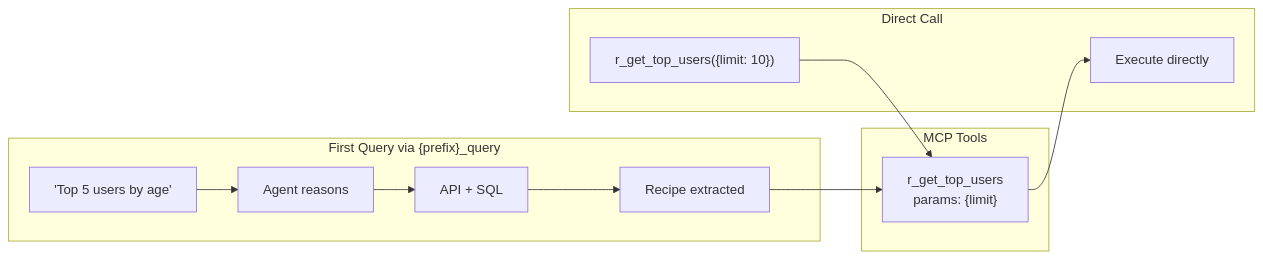
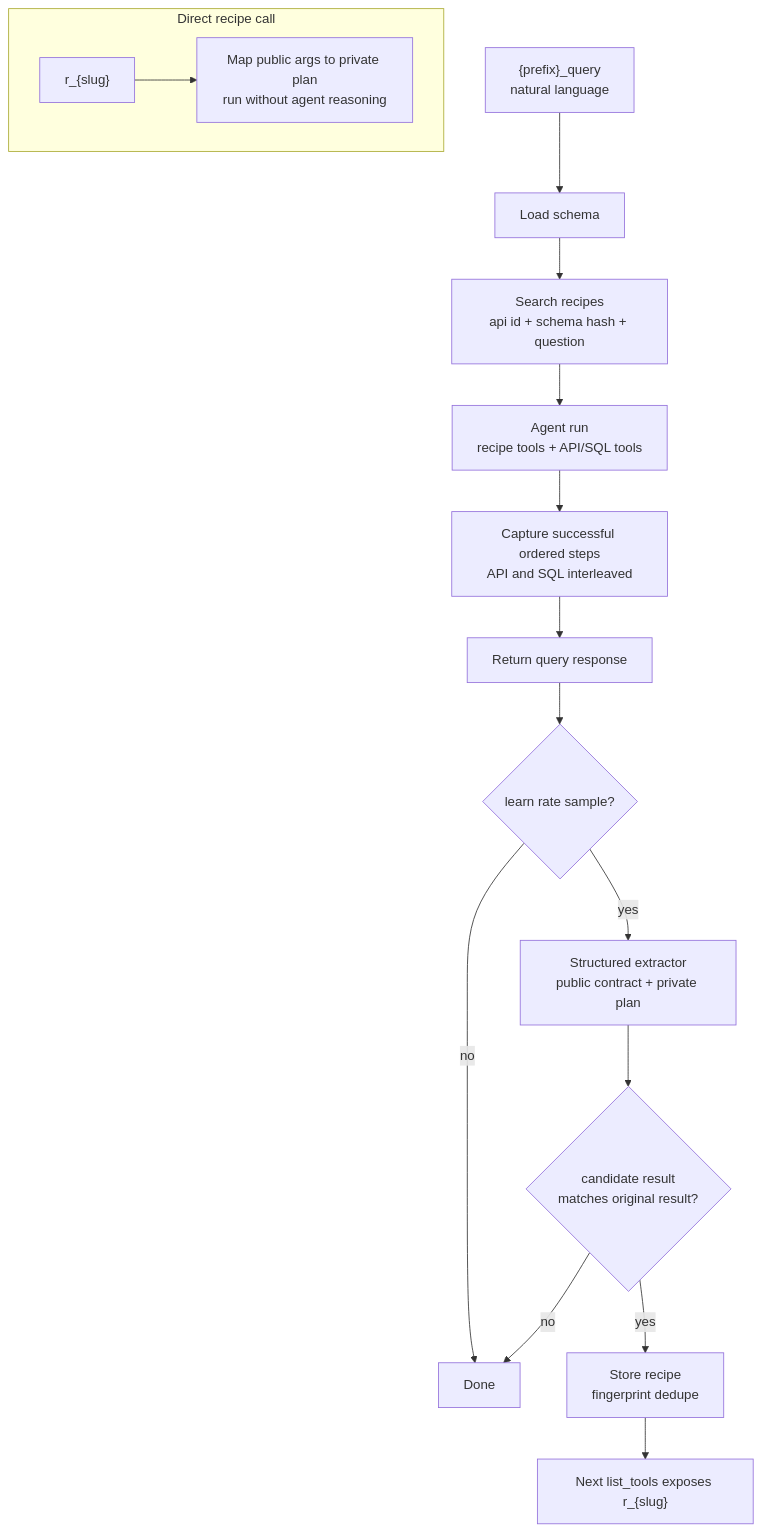
The third of 3 diagrams in README.md (agoda-com/api-agent), drawn with Mermaid before and after one commit. The commit also changed other lines of this file and 78 other files, not shown here.

````diff
--- a/README.md
+++ b/README.md
@@ -254,21 +303,19 @@
 ```mermaid
-flowchart LR
-    subgraph First["First Query via {prefix}_query"]
-        Q1["'Top 5 users by age'"]
-        A1["Agent reasons"]
-        E1["API + SQL"]
-        R1["Recipe extracted"]
+flowchart TD
+    Q["{prefix}_query<br/>natural language"] --> S["Load schema"]
+    S --> M["Search recipes<br/>api id + schema hash + question"]
+    M --> A["Agent run<br/>recipe tools + API/SQL tools"]
+    A --> C["Capture successful ordered steps<br/>API and SQL interleaved"]
+    C --> R["Return query response"]
+    R --> L{"learn rate sample?"}
+    L -- no --> Done["Done"]
+    L -- yes --> X["Structured extractor<br/>public contract + private plan"]
+    X --> V{"candidate result<br/>matches original result?"}
+    V -- no --> Done
+    V -- yes --> Store["Store recipe<br/>fingerprint dedupe"]
+    Store --> List["Next list_tools exposes r_{slug}"]
+
+    subgraph Direct["Direct recipe call"]
+        T["r_{slug}"] --> P["Map public args to private plan<br/>run without agent reasoning"]
     end
-
-    subgraph Tools["MCP Tools"]
-        T["r_get_top_users<br/>params: {limit}"]
-    end
-
-    subgraph Reuse["Direct Call"]
-        Q2["r_get_top_users({limit: 10})"]
-        X["Execute directly"]
-    end
-
-    Q1 --> A1 --> E1 --> R1 --> T
-    Q2 --> T --> X
 ```
````
